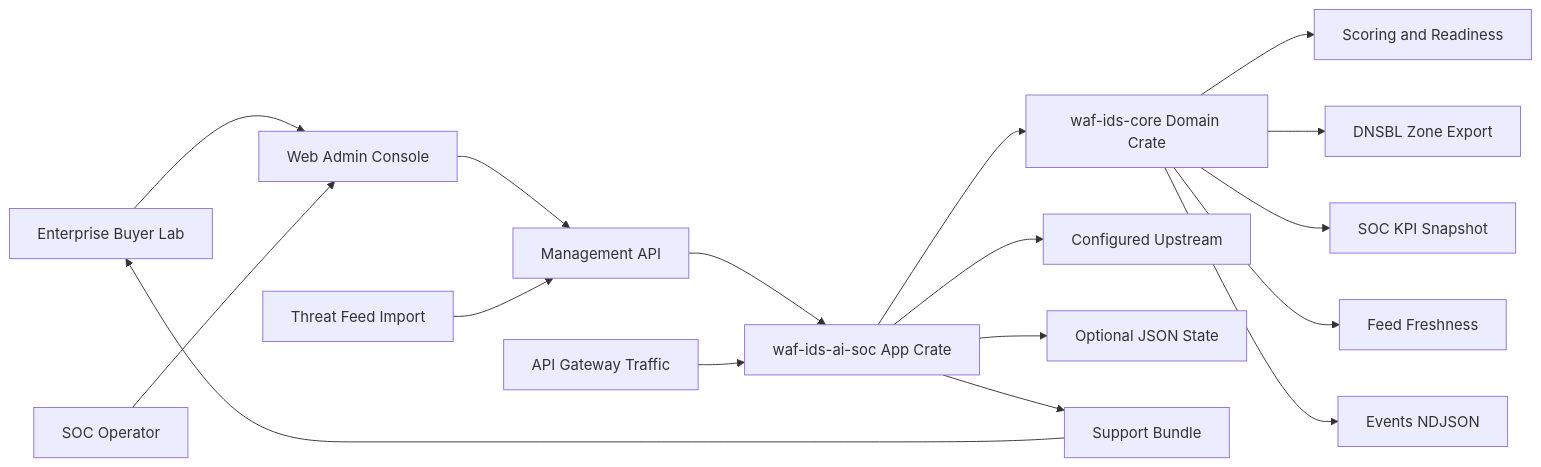
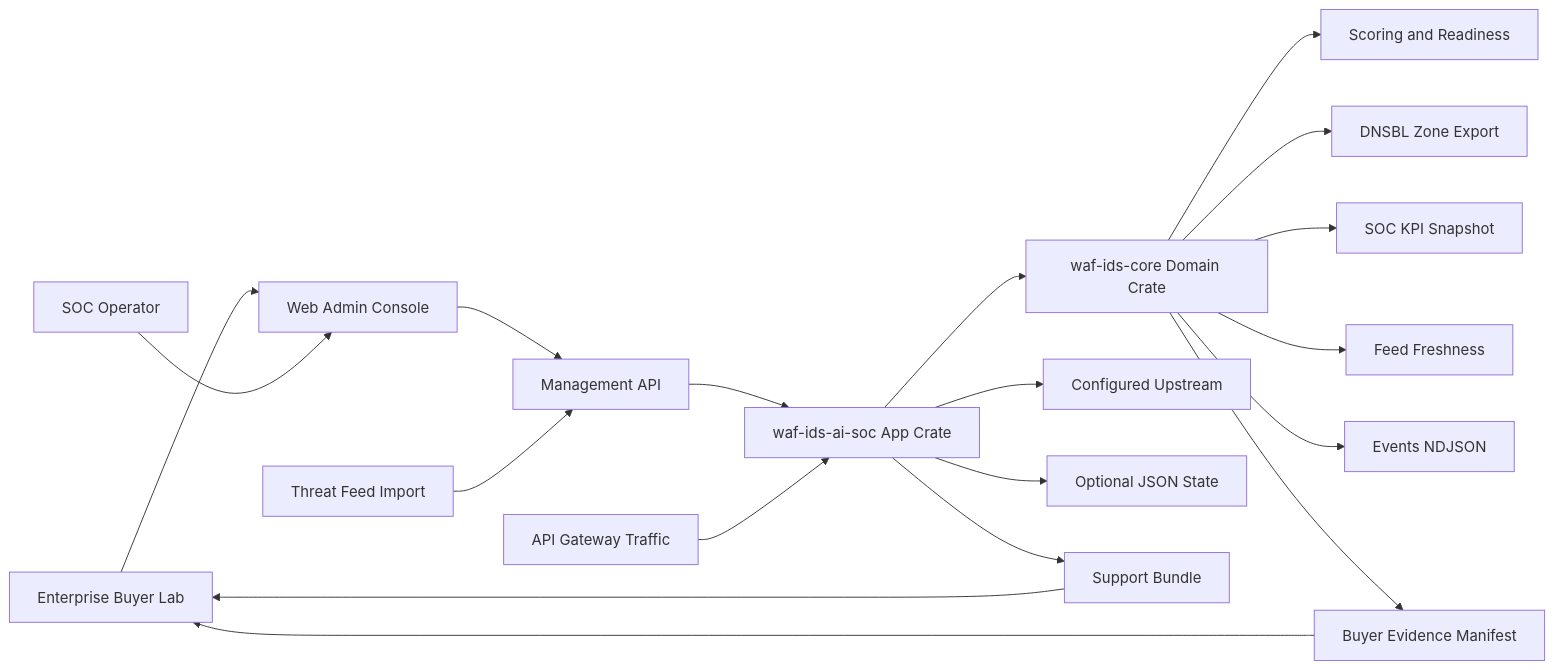
One commit to ContextualWisdomLab/wardnet changed the diagram in docs/figma/enterprise-product-architecture.md. Above: the diagram before and after it, drawn with Mermaid. The commit also changed other lines of this file and 10 other files, not shown here.

Commit message:
Add buyer evidence manifest (#9)

````diff
--- a/docs/figma/enterprise-product-architecture.md
+++ b/docs/figma/enterprise-product-architecture.md
@@ -12,19 +13,21 @@
 ```mermaid
 flowchart LR
   buyer["Enterprise Buyer Lab"] --> console["Web Admin Console"]
   operator["SOC Operator"] --> console
   console --> api["Management API"]
   api --> app["waf-ids-ai-soc App Crate"]
   app --> core["waf-ids-core Domain Crate"]
   core --> scoring["Scoring and Readiness"]
   core --> dnsbl["DNSBL Zone Export"]
   core --> kpis["SOC KPI Snapshot"]
   core --> freshness["Feed Freshness"]
   core --> eventExport["Events NDJSON"]
+  core --> manifest["Buyer Evidence Manifest"]
   feed["Threat Feed Import"] --> api
   gateway["API Gateway Traffic"] --> app
   app --> upstream["Configured Upstream"]
   app --> state["Optional JSON State"]
   app --> bundle["Support Bundle"]
+  manifest --> buyer
   bundle --> buyer
 ```
````
